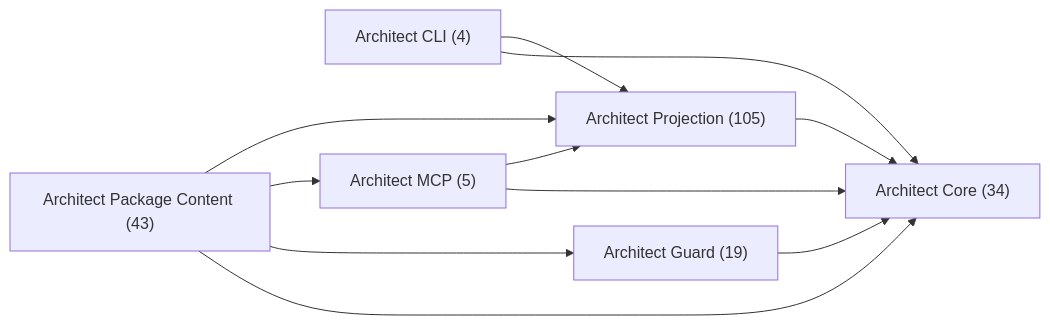
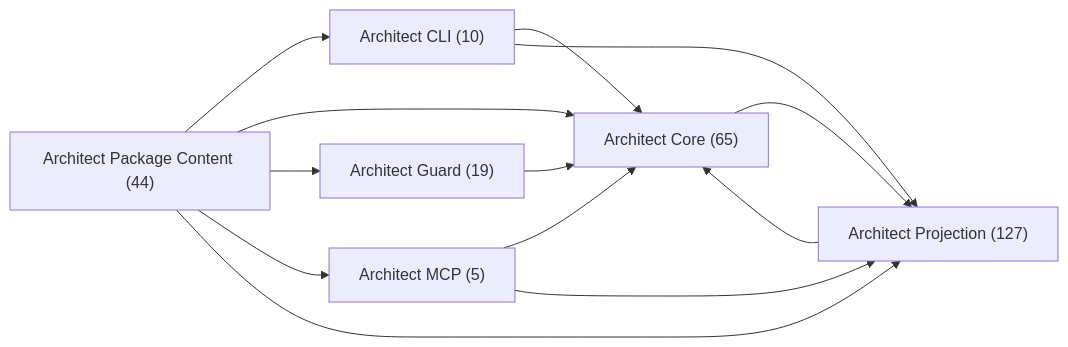
One commit to libar-dev/architect changed the first of 7 diagrams in docs-live/design-review/by-package.md. Above: the diagram before and after it, drawn with Mermaid. The commit also changed other lines of this file and 21 other files, not shown here.

First line of the commit message:
docs(live): regenerate docs-live from the reshaped graph

````diff
--- a/docs-live/design-review/by-package.md
+++ b/docs-live/design-review/by-package.md
@@ -18,19 +18,21 @@
 ```mermaid
 graph LR
-  pkg_architect_cli["Architect CLI (4)"]
-  pkg_architect_core["Architect Core (34)"]
+  pkg_architect_cli["Architect CLI (10)"]
+  pkg_architect_core["Architect Core (65)"]
   pkg_architect_guard["Architect Guard (19)"]
   pkg_architect_mcp["Architect MCP (5)"]
-  pkg_architect_package_content["Architect Package Content (43)"]
-  pkg_architect_projection["Architect Projection (105)"]
+  pkg_architect_package_content["Architect Package Content (44)"]
+  pkg_architect_projection["Architect Projection (127)"]
   pkg_architect_cli --> pkg_architect_core
   pkg_architect_cli --> pkg_architect_projection
+  pkg_architect_core --> pkg_architect_projection
   pkg_architect_guard --> pkg_architect_core
   pkg_architect_mcp --> pkg_architect_core
   pkg_architect_mcp --> pkg_architect_projection
+  pkg_architect_package_content --> pkg_architect_cli
   pkg_architect_package_content --> pkg_architect_core
   pkg_architect_package_content --> pkg_architect_guard
   pkg_architect_package_content --> pkg_architect_mcp
   pkg_architect_package_content --> pkg_architect_projection
   pkg_architect_projection --> pkg_architect_core
 ```
````
